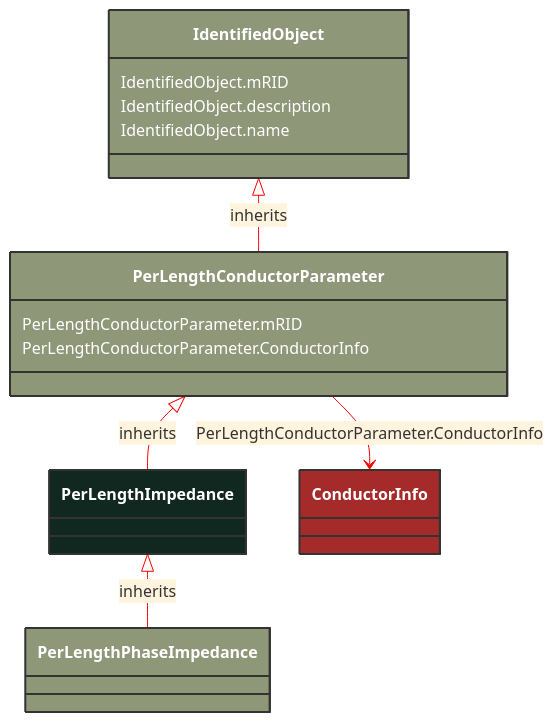
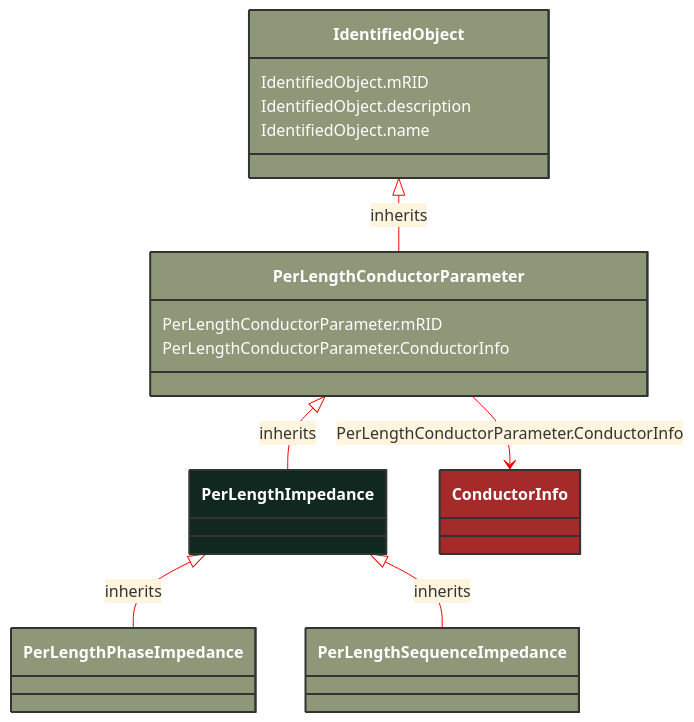
One commit to 3lbits/NoCIMExtensions changed the diagram in docs/Models/Profiles/SubseaCableInfo/AbstractClasses/PerLengthImpedance.md. Above: the diagram before and after it, drawn with Mermaid. The commit also changed 63 other files, not shown here.

````diff
--- a/docs/Models/Profiles/SubseaCableInfo/AbstractClasses/PerLengthImpedance.md
+++ b/docs/Models/Profiles/SubseaCableInfo/AbstractClasses/PerLengthImpedance.md
@@ -10,34 +10,40 @@
 ```mermaid
 %%{init: {'theme':'base','themeVariables': {'lineColor': '#FF0000'}}}%%
 classDiagram
     class PerLengthImpedance
     click PerLengthImpedance href "/Models/Profiles/SubseaCableInfo/AbstractClasses/PerLengthImpedance/"
     style PerLengthImpedance fill:#102820,stroke:#333,stroke-width:2px,rx:10,ry:10,color:white
 
         PerLengthImpedance <|-- PerLengthPhaseImpedance : inherits
 
         PerLengthPhaseImpedance
             click PerLengthPhaseImpedance href "/Models/Profiles/SubseaCableInfo/ConcreteClasses/PerLengthPhaseImpedance/"
             style PerLengthPhaseImpedance fill:#8F9779,stroke:#333,stroke-width:2px,rx:10,ry:10,color:white
+
+        PerLengthImpedance <|-- PerLengthSequenceImpedance : inherits
+
+        PerLengthSequenceImpedance
+            click PerLengthSequenceImpedance href "/Models/Profiles/SubseaCableInfo/ConcreteClasses/PerLengthSequenceImpedance/"
+            style PerLengthSequenceImpedance fill:#8F9779,stroke:#333,stroke-width:2px,rx:10,ry:10,color:white
      
         PerLengthConductorParameter <|-- PerLengthImpedance : inherits
             click PerLengthConductorParameter href "/Models/Profiles/SubseaCableInfo/AbstractClasses/PerLengthConductorParameter/"
             style PerLengthConductorParameter fill:#8F9779,stroke:#333,stroke-width:2px,rx:10,ry:10,color:white
      
         IdentifiedObject <|-- PerLengthConductorParameter : inherits
             click IdentifiedObject href "/Models/Profiles/SubseaCableInfo/AbstractClasses/IdentifiedObject/"
             style IdentifiedObject fill:#8F9779,stroke:#333,stroke-width:2px,rx:10,ry:10,color:white
 
         PerLengthConductorParameter --> ConductorInfo : PerLengthConductorParameter.ConductorInfo
 
         ConductorInfo
             click ConductorInfo href "/Models/Profiles/SubseaCableInfo/AbstractClasses/ConductorInfo/"
             style ConductorInfo fill:#A52A2A,stroke:#333,stroke-width:2px,rx:10,ry:10,color:white
 
 
         PerLengthConductorParameter : PerLengthConductorParameter.mRID
         PerLengthConductorParameter : PerLengthConductorParameter.ConductorInfo
         IdentifiedObject : IdentifiedObject.mRID
         IdentifiedObject : IdentifiedObject.description
         IdentifiedObject : IdentifiedObject.name
 ```
````
